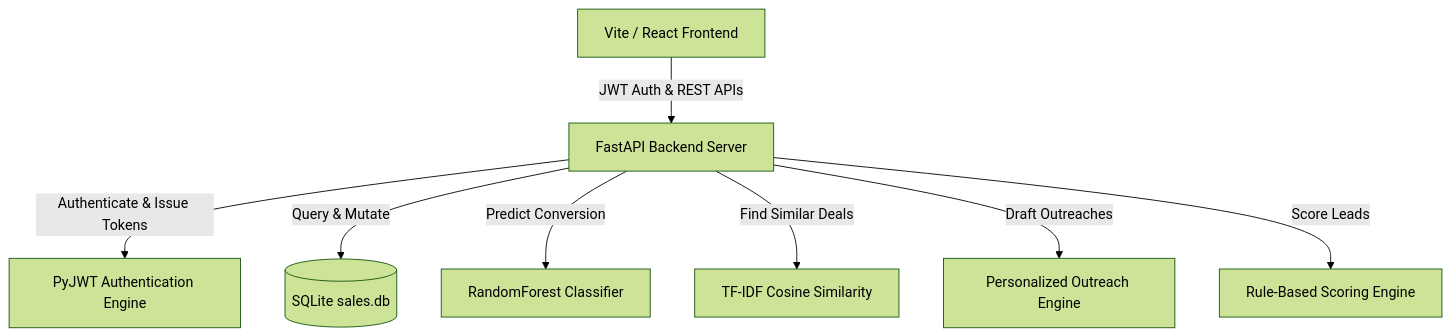
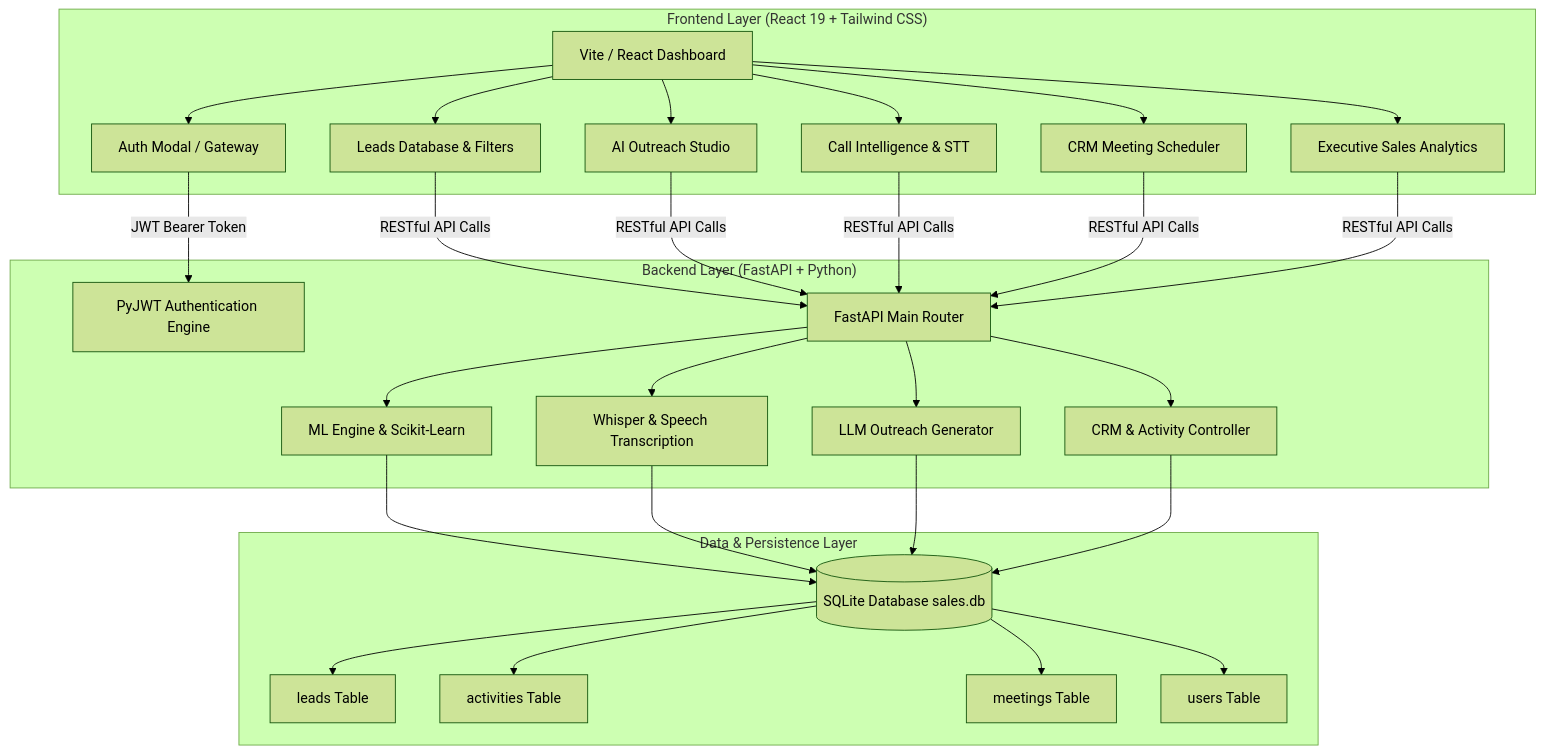
The diagram in salesgenie/README.md (shubh152205/AnimeGenie_ShubhamSharma), drawn with Mermaid (forest theme) before and after one commit. The commit also changed other lines of this file and 1 other file, not shown here.

Commit message:
docs: Comprehensive update to README.md with system architecture, deployment URLs, API endpoints & module breakdown

````diff
--- a/salesgenie/README.md
+++ b/salesgenie/README.md
@@ -24,10 +43,28 @@
 ```mermaid
 graph TD
-    A[Vite / React Frontend] -->|JWT Auth & REST APIs| B[FastAPI Backend Server]
-    B -->|Authenticate & Issue Tokens| H[PyJWT Authentication Engine]
-    B -->|Query & Mutate| C[(SQLite sales.db)]
-    B -->|Predict Conversion| D[RandomForest Classifier]
-    B -->|Find Similar Deals| E[TF-IDF Cosine Similarity]
-    B -->|Draft Outreaches| F[Personalized Outreach Engine]
-    B -->|Score Leads| G[Rule-Based Scoring Engine]
+    subgraph "Frontend Layer (React 19 + Tailwind CSS)"
+        A[Vite / React Dashboard] --> B[Auth Modal / Gateway]
+        A --> C[Leads Database & Filters]
+        A --> D[AI Outreach Studio]
+        A --> E[Call Intelligence & STT]
+        A --> F[CRM Meeting Scheduler]
+        A --> G[Executive Sales Analytics]
+    end
+
+    subgraph "Backend Layer (FastAPI + Python)"
+        B -->|JWT Bearer Token| H[PyJWT Authentication Engine]
+        C & D & E & F & G -->|RESTful API Calls| I[FastAPI Main Router]
+        I --> J[ML Engine & Scikit-Learn]
+        I --> K[Whisper & Speech Transcription]
+        I --> L[LLM Outreach Generator]
+        I --> M[CRM & Activity Controller]
+    end
+
+    subgraph "Data & Persistence Layer"
+        J & K & L & M --> N[(SQLite Database sales.db)]
+        N --> O[leads Table]
+        N --> P[activities Table]
+        N --> Q[meetings Table]
+        N --> R[users Table]
+    end
 ```
````
